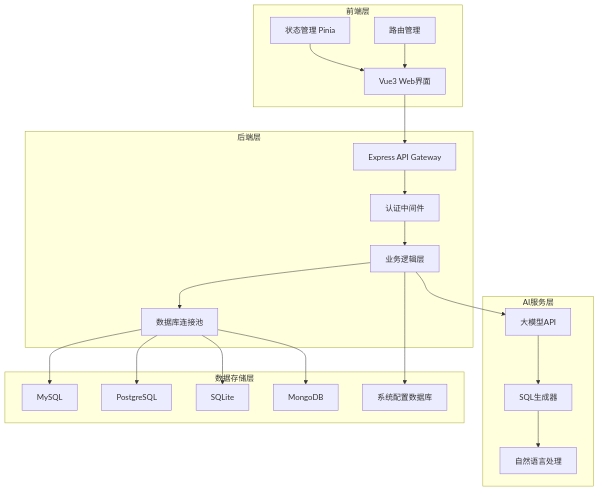
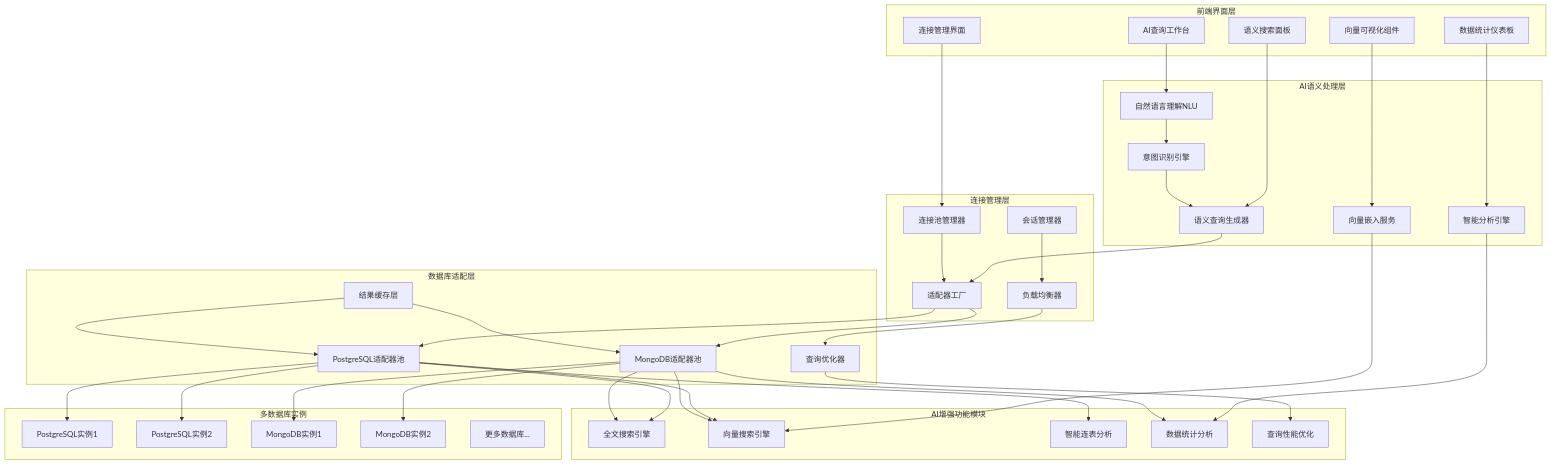
One commit to niklaslc512/AI-Database-Tool changed the first of 8 diagrams in .qoder/quests/ai-database-manager.md. Above: the diagram before and after it, drawn with Mermaid. The commit also changed other lines of this file and 26 other files, not shown here.

````diff
--- a/.qoder/quests/ai-database-manager.md
+++ b/.qoder/quests/ai-database-manager.md
@@ -38,44 +51,82 @@
 ```mermaid
 graph TB
-    subgraph "前端层"
-        A[Vue3 Web界面]
-        B[状态管理 Pinia]
-        C[路由管理]
+    subgraph "前端界面层"
+        A[连接管理界面]
+        B[AI查询工作台]
+        C[语义搜索面板]
+        D[数据统计仪表板]
+        E[向量可视化组件]
     end
     
-    subgraph "后端层"
-        D[Express API Gateway]
-        E[认证中间件]
-        F[业务逻辑层]
-        G[数据库连接池]
+    subgraph "AI语义处理层"
+        F[自然语言理解NLU]
+        G[意图识别引擎]
+        H[语义查询生成器]
+        I[向量嵌入服务]
+        J[智能分析引擎]
     end
     
-    subgraph "AI服务层"
-        H[大模型API]
-        I[SQL生成器]
-        J[自然语言处理]
+    subgraph "连接管理层"
+        K[连接池管理器]
+        L[适配器工厂]
+        M[会话管理器]
+        N[负载均衡器]
     end
     
-    subgraph "数据存储层"
-        K[MySQL]
-        L[PostgreSQL]
-        M[SQLite]
-        N[MongoDB]
-        O[系统配置数据库]
+    subgraph "数据库适配层"
+        O[PostgreSQL适配器池]
+        P[MongoDB适配器池]
+        Q[查询优化器]
+        R[结果缓存层]
     end
     
-    A --> D
-    B --> A
-    C --> A
-    D --> E
-    E --> F
+    subgraph "AI增强功能模块"
+        S[全文搜索引擎]
+        T[向量搜索引擎]
+        U[智能连表分析]
+        V[数据统计分析]
+        W[查询性能优化]
+    end
+    
+    subgraph "多数据库实例"
+        X1[PostgreSQL实例1]
+        X2[PostgreSQL实例2]
+        Y1[MongoDB实例1]
+        Y2[MongoDB实例2]
+        Z[更多数据库...]
+    end
+    
+    A --> K
+    B --> F
+    C --> H
+    D --> J
+    E --> I
+    
     F --> G
-    F --> H
-    H --> I
-    I --> J
-    G --> K
-    G --> L
-    G --> M
-    G --> N
-    F --> O
+    G --> H
+    H --> L
+    I --> T
+    J --> V
+    
+    K --> L
+    L --> O
+    L --> P
+    M --> N
+    N --> Q
+    
+    O --> S
+    O --> T
+    O --> U
+    O --> X1
+    O --> X2
+    
+    P --> S
+    P --> T
+    P --> V
+    P --> Y1
+    P --> Y2
+    
+    Q --> W
+    R --> O
+    R --> P
 ```
````
